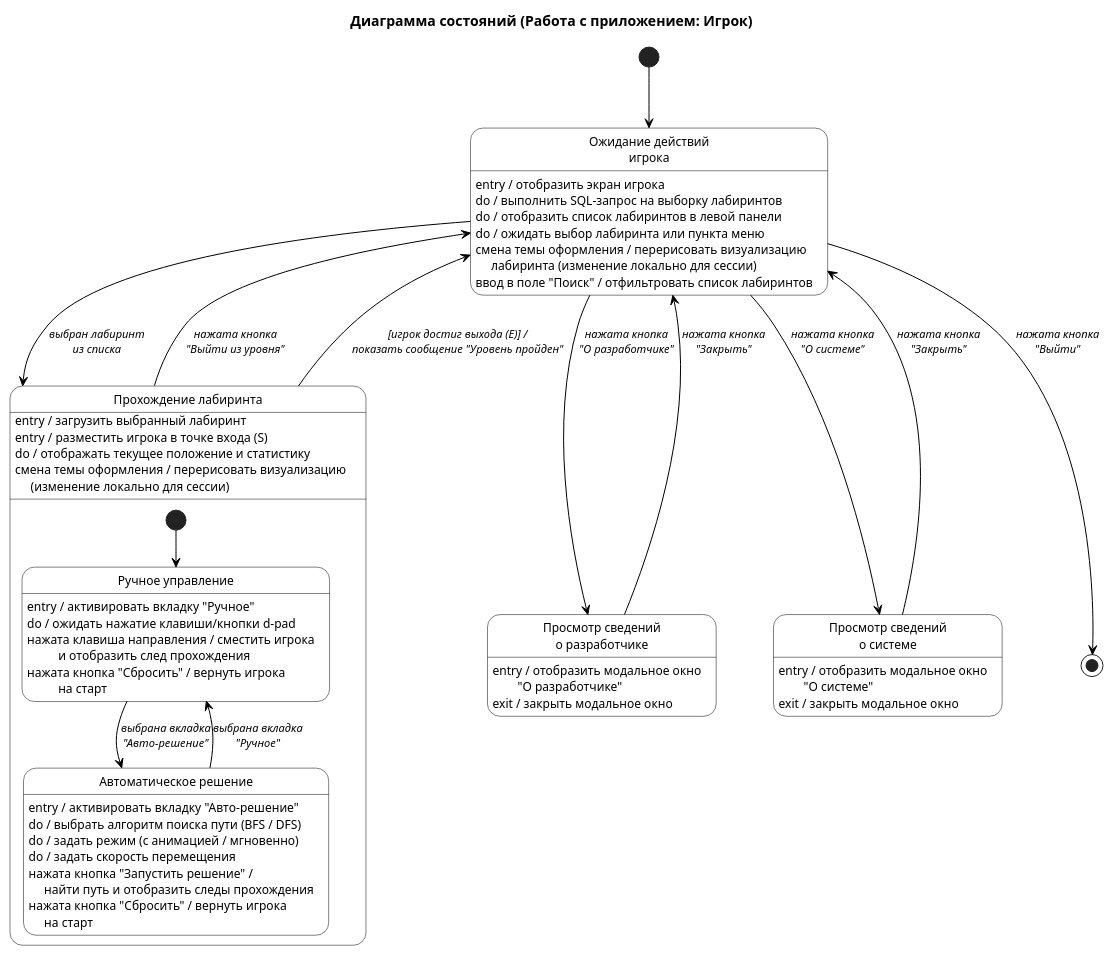
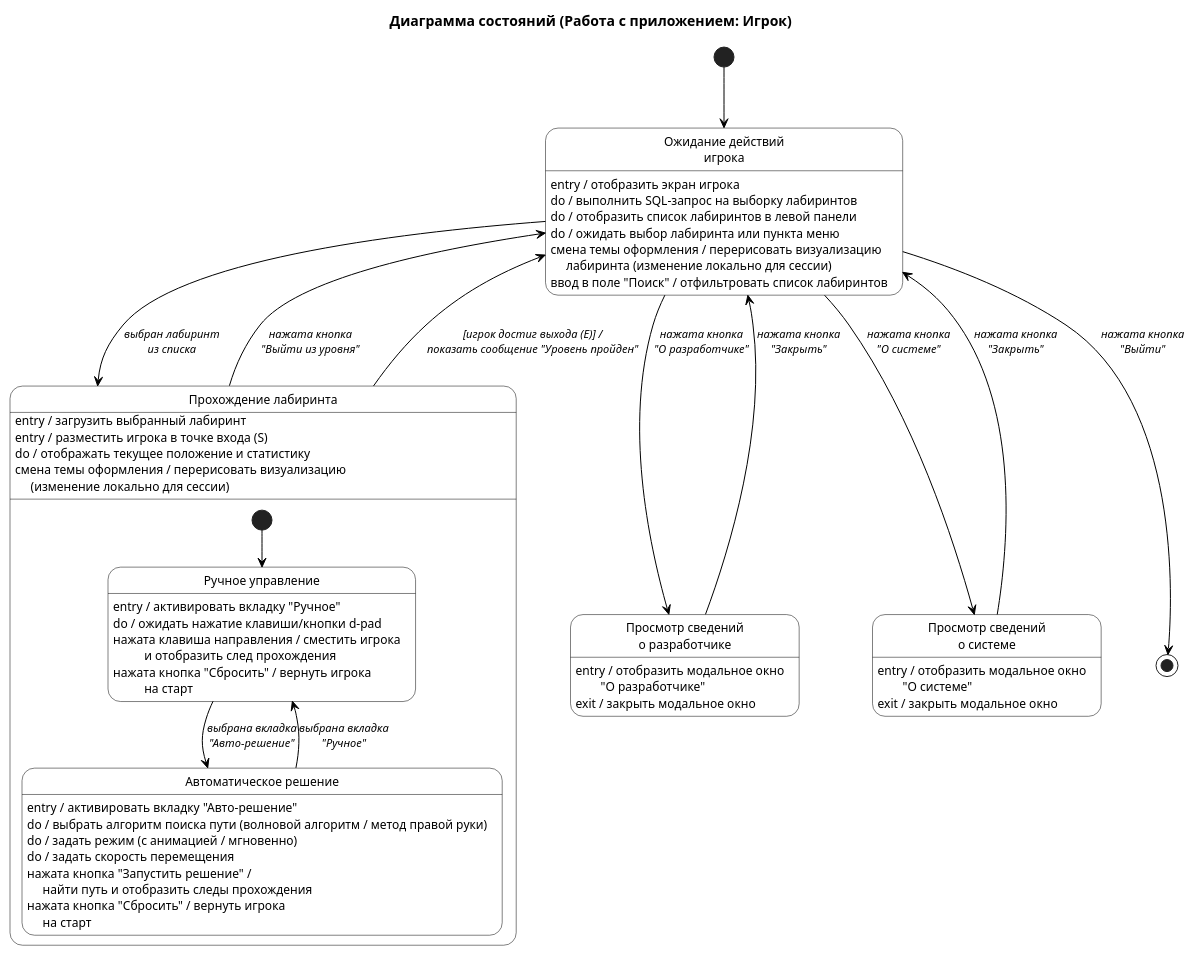
Before and after one commit to ozcnii/software-engineering: the third of 4 diagrams in report/review-task.md, drawn with PlantUML. The commit also changed other lines of this file and 75 other files, not shown here.

````diff
--- a/report/review-task.md
+++ b/report/review-task.md
@@ -235,77 +235,77 @@
 ```plantuml
 @startuml
 title Диаграмма состояний (Работа с приложением: Игрок)
 
 skinparam state {
   BackgroundColor #FFFFFF
   BorderColor #000000
   FontSize 12
   ArrowColor #000000
   ArrowFontSize 11
   ArrowFontStyle italic
 }
 skinparam DefaultFontName Helvetica
 
 [*] --> Ожидание
 
 state "Ожидание действий\nигрока" as Ожидание {
   Ожидание : entry / отобразить экран игрока
   Ожидание : do / выполнить SQL-запрос на выборку лабиринтов
   Ожидание : do / отобразить список лабиринтов в левой панели
   Ожидание : do / ожидать выбор лабиринта или пункта меню
   Ожидание : смена темы оформления / перерисовать визуализацию\n     лабиринта (изменение локально для сессии)
   Ожидание : ввод в поле "Поиск" / отфильтровать список лабиринтов
 }
 
 state "Прохождение лабиринта" as Прохождение {
   Прохождение : entry / загрузить выбранный лабиринт
   Прохождение : entry / разместить игрока в точке входа (S)
   Прохождение : do / отображать текущее положение и статистику
   Прохождение : смена темы оформления / перерисовать визуализацию\n     (изменение локально для сессии)
 
   [*] --> РучноеУправление
 
   state "Ручное управление" as РучноеУправление {
     РучноеУправление : entry / активировать вкладку "Ручное"
     РучноеУправление : do / ожидать нажатие клавиши/кнопки d-pad
     РучноеУправление : нажата клавиша направления / сместить игрока\n          и отобразить след прохождения
     РучноеУправление : нажата кнопка "Сбросить" / вернуть игрока\n          на старт
   }
 
   state "Автоматическое решение" as АвтоРешение {
     АвтоРешение : entry / активировать вкладку "Авто-решение"
-    АвтоРешение : do / выбрать алгоритм поиска пути (BFS / DFS)
+    АвтоРешение : do / выбрать алгоритм поиска пути (волновой алгоритм / метод правой руки)
     АвтоРешение : do / задать режим (с анимацией / мгновенно)
     АвтоРешение : do / задать скорость перемещения
     АвтоРешение : нажата кнопка "Запустить решение" /\n     найти путь и отобразить следы прохождения
     АвтоРешение : нажата кнопка "Сбросить" / вернуть игрока\n     на старт
   }
 
   РучноеУправление --> АвтоРешение : выбрана вкладка\n"Авто-решение"
   АвтоРешение --> РучноеУправление : выбрана вкладка\n"Ручное"
 }
 
 state "Просмотр сведений\nо разработчике" as Разработчик {
   Разработчик : entry / отобразить модальное окно\n        "О разработчике"
   Разработчик : exit / закрыть модальное окно
 }
 
 state "Просмотр сведений\nо системе" as Система {
   Система : entry / отобразить модальное окно\n        "О системе"
   Система : exit / закрыть модальное окно
 }
 
 Ожидание --> Прохождение : выбран лабиринт\nиз списка
 Прохождение --> Ожидание : нажата кнопка\n"Выйти из уровня"
 Прохождение --> Ожидание : [игрок достиг выхода (E)] /\nпоказать сообщение "Уровень пройден"
 
 Ожидание --> Разработчик : нажата кнопка\n"О разработчике"
 Разработчик --> Ожидание : нажата кнопка\n"Закрыть"
 
 Ожидание --> Система : нажата кнопка\n"О системе"
 Система --> Ожидание : нажата кнопка\n"Закрыть"
 
 Ожидание --> [*] : нажата кнопка\n"Выйти"
 
 @enduml
 ```
````
